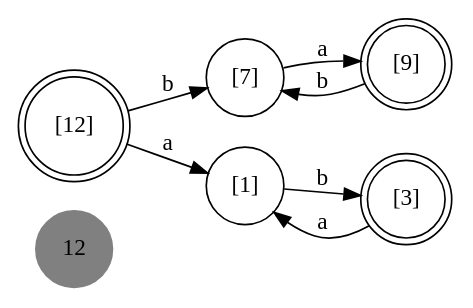
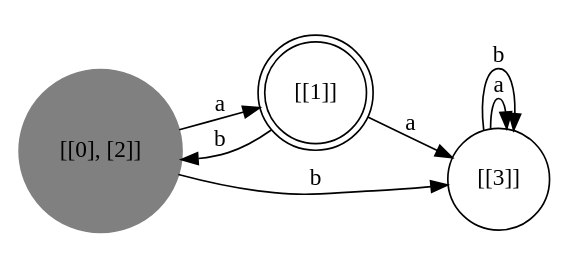
One commit to RED-AUtoMate/Automates changed the diagram in automateMinimal.dot. Above: the diagram before and after it, drawn with Graphviz. The commit also changed 19 other files, not shown here.

```diff
--- a/automateMinimal.dot
+++ b/automateMinimal.dot
@@ -1,15 +1,13 @@
 digraph automate {
 	rankdir=LR;
 	size="8,5";
     node  [shape = circle];
-    "12"  [style = "filled",color ="gray"];
-    "[12]"  [shape = "doublecircle"];
-    "[3]"  [shape = "doublecircle"];
-    "[9]"  [shape = "doublecircle"];
-    "[7]" -> "[9]" [label= "a"];
-    "[3]" -> "[1]" [label= "a"];
-    "[1]" -> "[3]" [label= "b"];
-    "[12]" -> "[1]" [label= "a"];
-    "[12]" -> "[7]" [label= "b"];
-    "[9]" -> "[7]" [label= "b"];
+    "[[0], [2]]"  [style = "filled",color ="gray"];
+    "[[1]]"  [shape = "doublecircle"];
+    "[[0], [2]]" -> "[[1]]" [label= "a"];
+    "[[0], [2]]" -> "[[3]]" [label= "b"];
+    "[[1]]" -> "[[3]]" [label= "a"];
+    "[[1]]" -> "[[0], [2]]" [label= "b"];
+    "[[3]]" -> "[[3]]" [label= "a"];
+    "[[3]]" -> "[[3]]" [label= "b"];
 }
```
